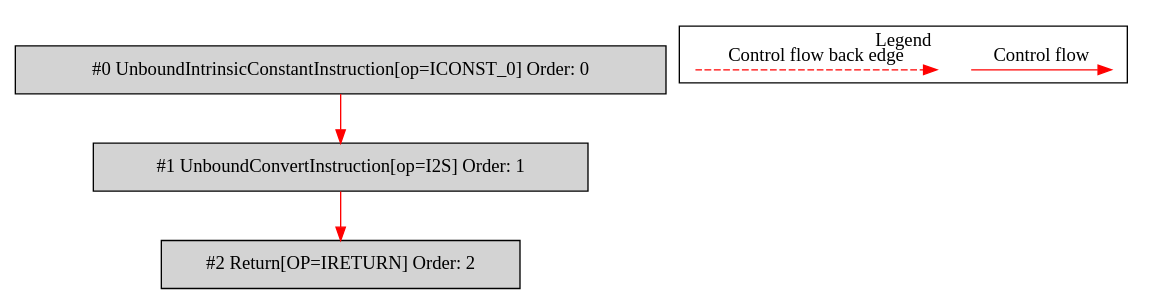
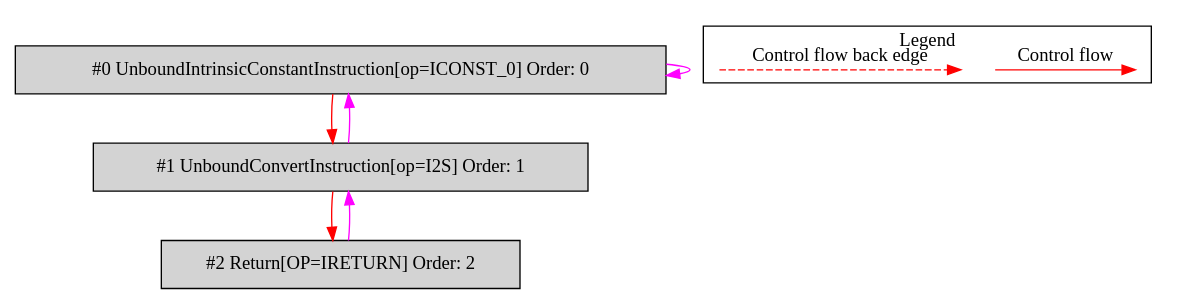
The diagram in de.mirkosertic.metair.ir.OpcodeI2XTest/test_I2S/bytecodecfg.dot (mirkosertic/MetaIR), drawn with Graphviz before and after one commit. The commit also changed 1685 other files, not shown here.

```diff
--- a/de.mirkosertic.metair.ir.OpcodeI2XTest/test_I2S/bytecodecfg.dot
+++ b/de.mirkosertic.metair.ir.OpcodeI2XTest/test_I2S/bytecodecfg.dot
@@ -1,22 +1,25 @@
 digraph {
  ordering="in";
  node0[label="#0 UnboundIntrinsicConstantInstruction[op=ICONST_0] Order: 0", shape=box, fillcolor=lightgrey, style=filled];
  node1[label="#1 UnboundConvertInstruction[op=I2S] Order: 1", shape=box, fillcolor=lightgrey, style=filled];
  node2[label="#2 Return[OP=IRETURN] Order: 2", shape=box, fillcolor=lightgrey, style=filled];
+ node0 -> node0[color=fuchsia];
  node0 -> node1[color=red];
+ node1 -> node0[color=fuchsia];
  node1 -> node2[color=red];
+ node2 -> node1[color=fuchsia];
  subgraph cluster_000 {
   label = "Legend";
   node [shape=point]
   {
    rank=same;
    c0 [style = invis];
    c1 [style = invis];
    c2 [style = invis];
    c3 [style = invis];
   }
   c0 -> c1 [label="Control flow", style=solid, color=red]
   c2 -> c3 [label="Control flow back edge", style=dashed, color=red]
  }
 
 }
```
